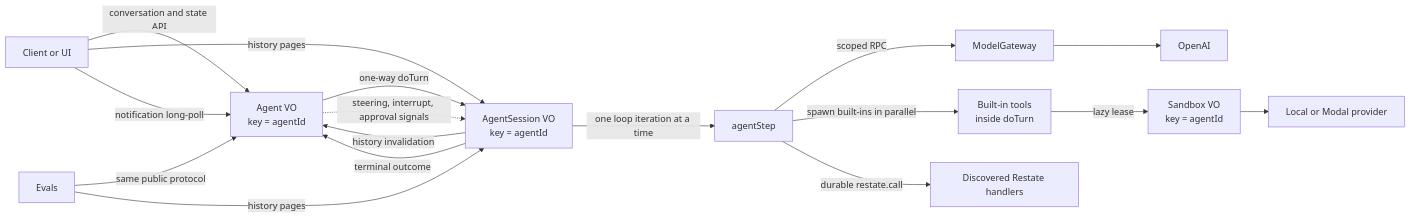
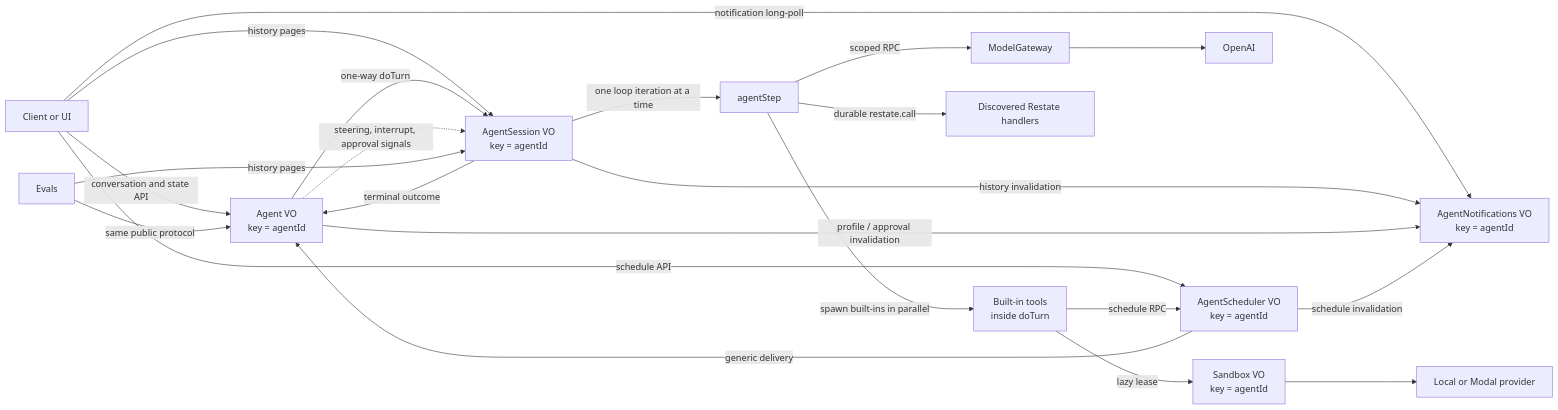
Before and after one commit to restatedev/agent: the diagram in docs/README.md, drawn with Mermaid. The commit also changed other lines of this file and 28 other files, not shown here.

````diff
--- a/docs/README.md
+++ b/docs/README.md
@@ -35,19 +36,24 @@
 ```mermaid
 flowchart LR
   C["Client or UI"] -->|"conversation and state API"| A["Agent VO\nkey = agentId"]
   C -->|"history pages"| S["AgentSession VO\nkey = agentId"]
-  C -->|"notification long-poll"| A
+  C -->|"notification long-poll"| N["AgentNotifications VO\nkey = agentId"]
+  C -->|"schedule API"| Q["AgentScheduler VO\nkey = agentId"]
   A -->|"one-way doTurn"| S
   A -.->|"steering, interrupt, approval signals"| S
   S -->|"one loop iteration at a time"| Step["agentStep"]
   Step -->|"scoped RPC"| G["ModelGateway"]
   G --> O["OpenAI"]
   Step -->|"spawn built-ins in parallel"| B["Built-in tools\ninside doTurn"]
   Step -->|"durable restate.call"| D["Discovered Restate handlers"]
+  B -->|"schedule RPC"| Q
   B -->|"lazy lease"| X["Sandbox VO\nkey = agentId"]
   X --> P["Local or Modal provider"]
-  S -->|"history invalidation"| A
+  S -->|"history invalidation"| N
+  A -->|"profile / approval invalidation"| N
+  Q -->|"schedule invalidation"| N
+  Q -->|"generic delivery"| A
   S -->|"terminal outcome"| A
   E["Evals"] -->|"same public protocol"| A
   E -->|"history pages"| S
 ```
````
